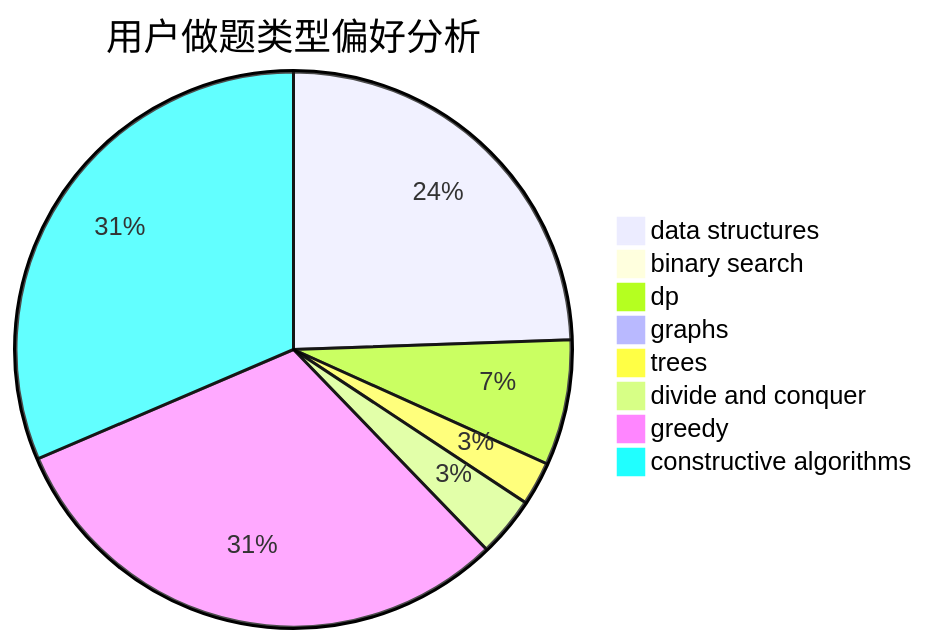
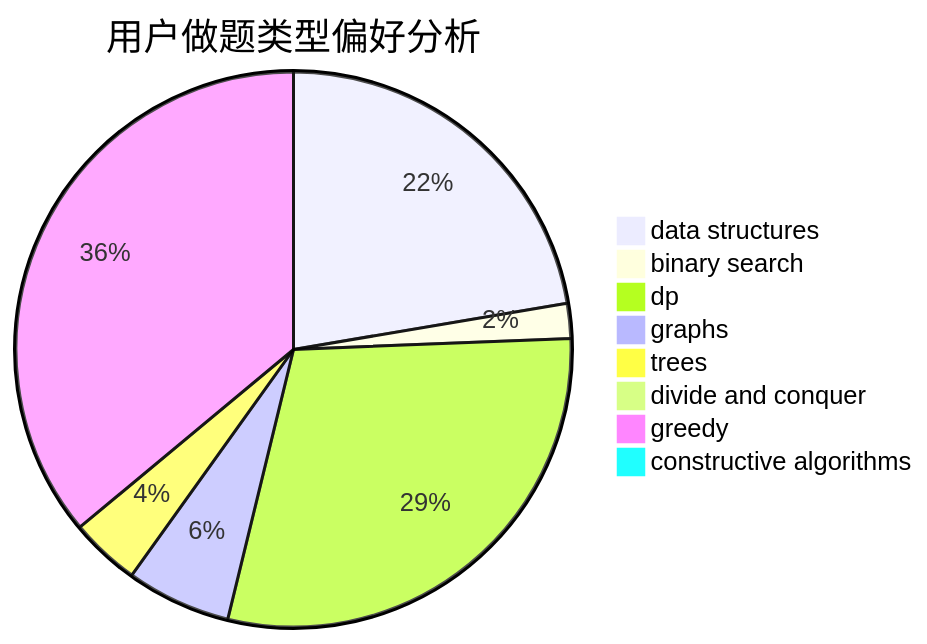
The second of 3 diagrams in docs/user/u1600.md (sherpahu/cfrs.github.io), drawn with Mermaid before and after one commit. The commit also changed other lines of this file and 2770 other files, not shown here.

````diff
--- a/docs/user/u1600.md
+++ b/docs/user/u1600.md
@@ -23,11 +23,11 @@
 ```mermaid
 pie title 用户做题类型偏好分析
-    "data structures" :  77
-    "binary search" :  1
-    "dp" :  23
-    "graphs" :  0
+    "data structures" :  44
+    "binary search" :  4
+    "dp" :  58
+    "graphs" :  12
     "trees" :  8
-    "divide and conquer" :  11
-    "greedy" :  97
-    "constructive algorithms" :  99
+    "divide and conquer" :  1
+    "greedy" :  71
+    "constructive algorithms" :  0
 ```
````
